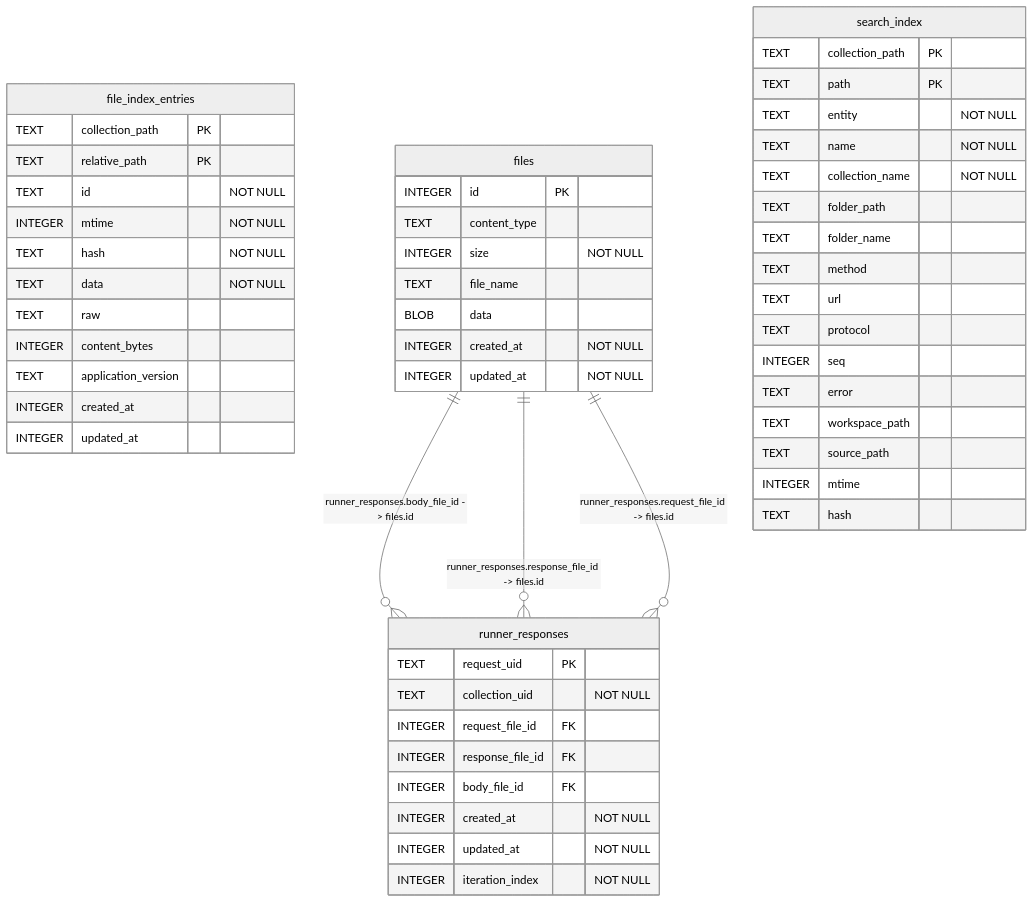
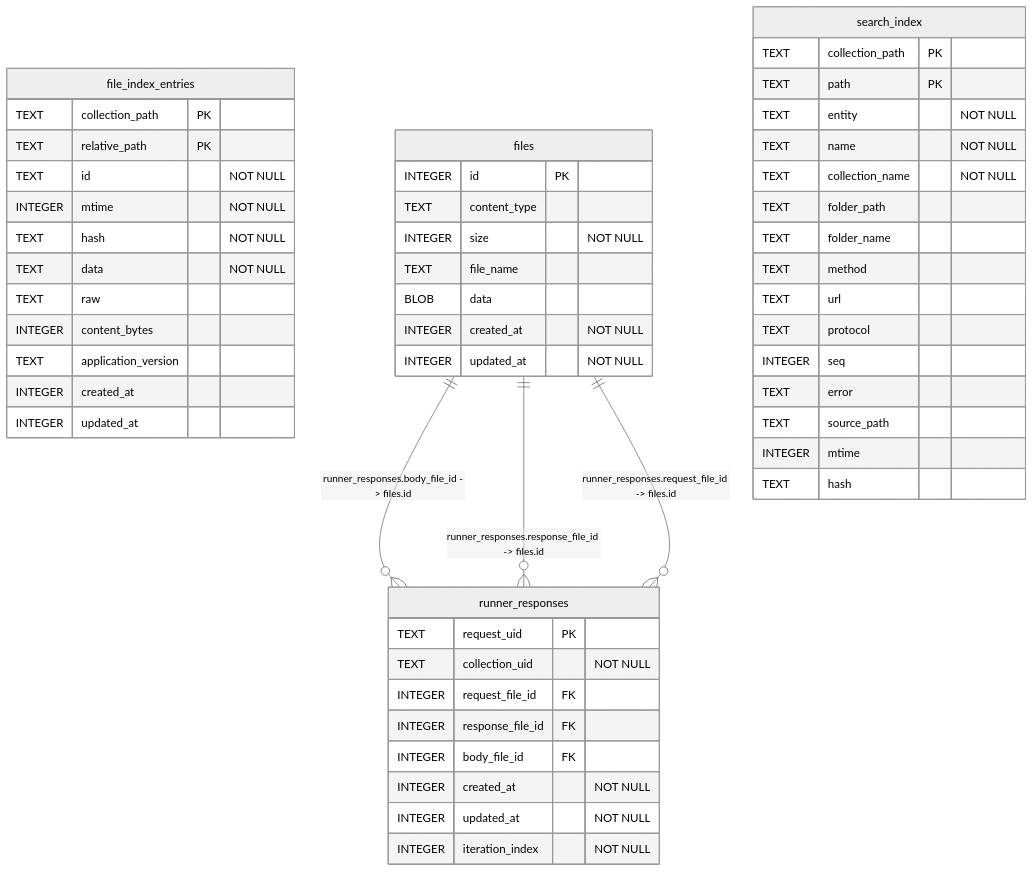
Before and after one commit to usebruno/bruno: the diagram in packages/bruno-sqlite/SCHEMA.md, drawn with Mermaid (neutral theme). The commit also changed other lines of this file and 9 other files, not shown here.

Commit message:
refactor(search-index): drop unused statements and workspace_path, cap ripgrep matches

````diff
--- a/packages/bruno-sqlite/SCHEMA.md
+++ b/packages/bruno-sqlite/SCHEMA.md
@@ -7,56 +7,55 @@
 ```mermaid
 erDiagram
   file_index_entries {
     TEXT collection_path PK
     TEXT relative_path PK
     TEXT id "NOT NULL"
     INTEGER mtime "NOT NULL"
     TEXT hash "NOT NULL"
     TEXT data "NOT NULL"
     TEXT raw
     INTEGER content_bytes
     TEXT application_version
     INTEGER created_at
     INTEGER updated_at
   }
   files {
     INTEGER id PK
     TEXT content_type
     INTEGER size "NOT NULL"
     TEXT file_name
     BLOB data
     INTEGER created_at "NOT NULL"
     INTEGER updated_at "NOT NULL"
   }
   runner_responses {
     TEXT request_uid PK
     TEXT collection_uid "NOT NULL"
     INTEGER request_file_id FK
     INTEGER response_file_id FK
     INTEGER body_file_id FK
     INTEGER created_at "NOT NULL"
     INTEGER updated_at "NOT NULL"
     INTEGER iteration_index "NOT NULL"
   }
   search_index {
     TEXT collection_path PK
     TEXT path PK
     TEXT entity "NOT NULL"
     TEXT name "NOT NULL"
     TEXT collection_name "NOT NULL"
     TEXT folder_path
     TEXT folder_name
     TEXT method
     TEXT url
     TEXT protocol
     INTEGER seq
     TEXT error
-    TEXT workspace_path
     TEXT source_path
     INTEGER mtime
     TEXT hash
   }
   files ||--o{ runner_responses : "runner_responses.body_file_id -> files.id"
   files ||--o{ runner_responses : "runner_responses.response_file_id -> files.id"
   files ||--o{ runner_responses : "runner_responses.request_file_id -> files.id"
 ```
````
